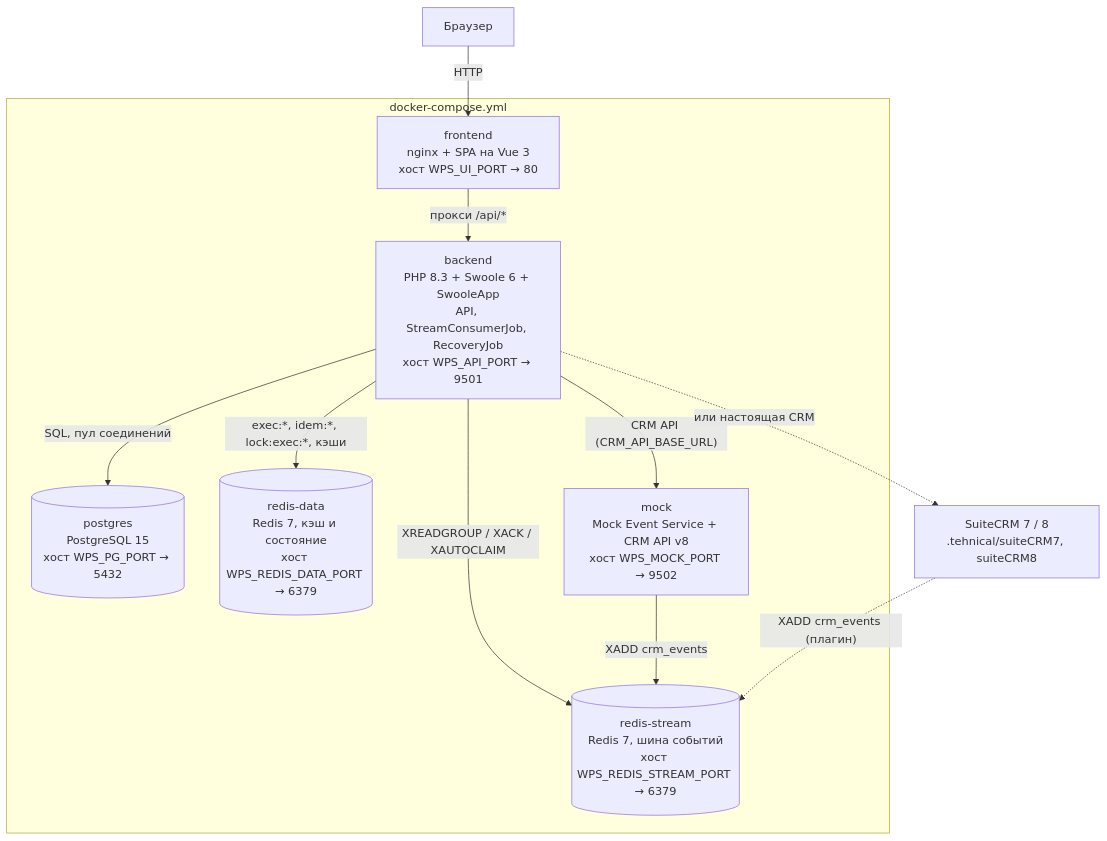
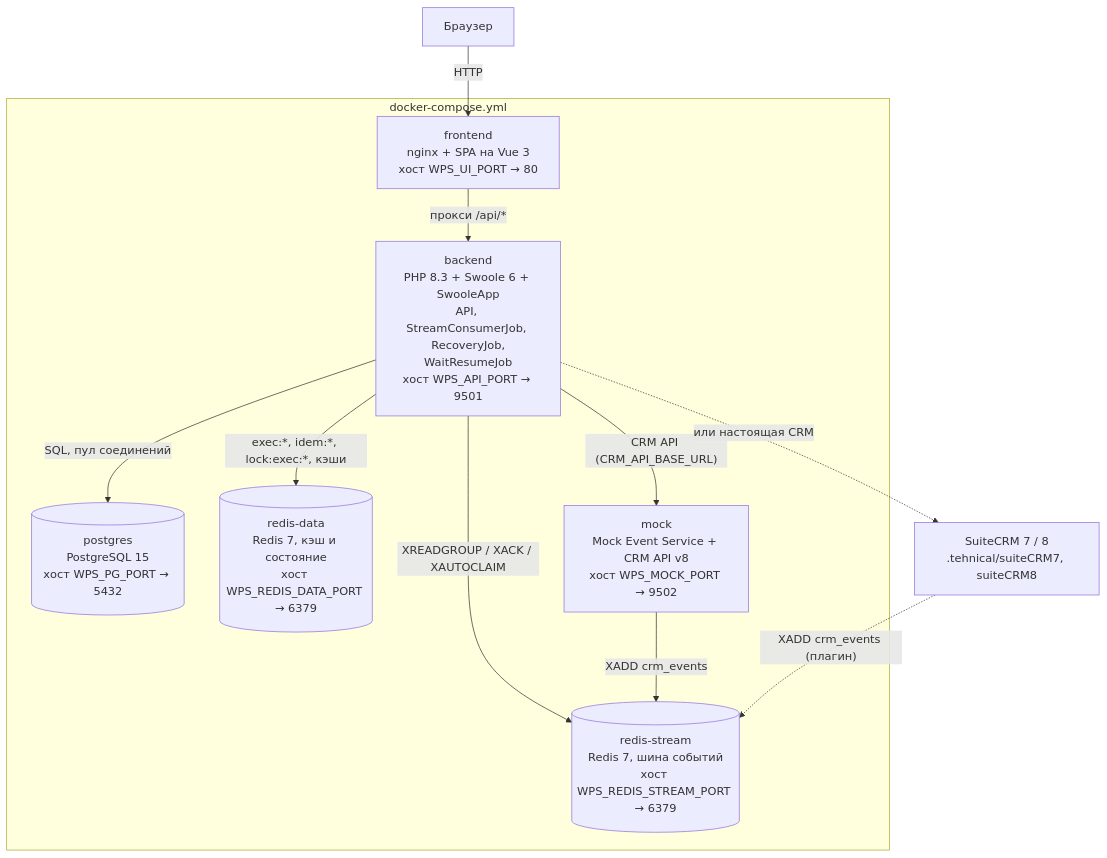
One commit to madarch-labs/Workflow-Processing-Service changed the second of 2 diagrams in doc/ru/05-architecture/overview.md. Above: the diagram before and after it, drawn with Mermaid. The commit also changed other lines of this file and 470 other files, not shown here.

````diff
--- a/doc/ru/05-architecture/overview.md
+++ b/doc/ru/05-architecture/overview.md
@@ -31,23 +38,23 @@
 ```mermaid
 flowchart TB
     user["Браузер"]
     subgraph compose["docker-compose.yml"]
         frontend["frontend<br/>nginx + SPA на Vue 3<br/>хост WPS_UI_PORT → 80"]
-        backend["backend<br/>PHP 8.3 + Swoole 6 + SwooleApp<br/>API, StreamConsumerJob, RecoveryJob<br/>хост WPS_API_PORT → 9501"]
+        backend["backend<br/>PHP 8.3 + Swoole 6 + SwooleApp<br/>API, StreamConsumerJob, RecoveryJob,<br/>WaitResumeJob<br/>хост WPS_API_PORT → 9501"]
         postgres[("postgres<br/>PostgreSQL 15<br/>хост WPS_PG_PORT → 5432")]
         rstream[("redis-stream<br/>Redis 7, шина событий<br/>хост WPS_REDIS_STREAM_PORT → 6379")]
         rdata[("redis-data<br/>Redis 7, кэш и состояние<br/>хост WPS_REDIS_DATA_PORT → 6379")]
         mock["mock<br/>Mock Event Service + CRM API v8<br/>хост WPS_MOCK_PORT → 9502"]
     end
     crm["SuiteCRM 7 / 8<br/>.tehnical/suiteCRM7, suiteCRM8"]
 
     user -- "HTTP" --> frontend
     frontend -- "прокси /api/*" --> backend
     backend -- "SQL, пул соединений" --> postgres
     backend -- "XREADGROUP / XACK / XAUTOCLAIM" --> rstream
     backend -- "exec:*, idem:*, lock:exec:*, кэши" --> rdata
     backend -- "CRM API (CRM_API_BASE_URL)" --> mock
     backend -. "или настоящая CRM" .-> crm
     mock -- "XADD crm_events" --> rstream
     crm -. "XADD crm_events (плагин)" .-> rstream
 ```
````
